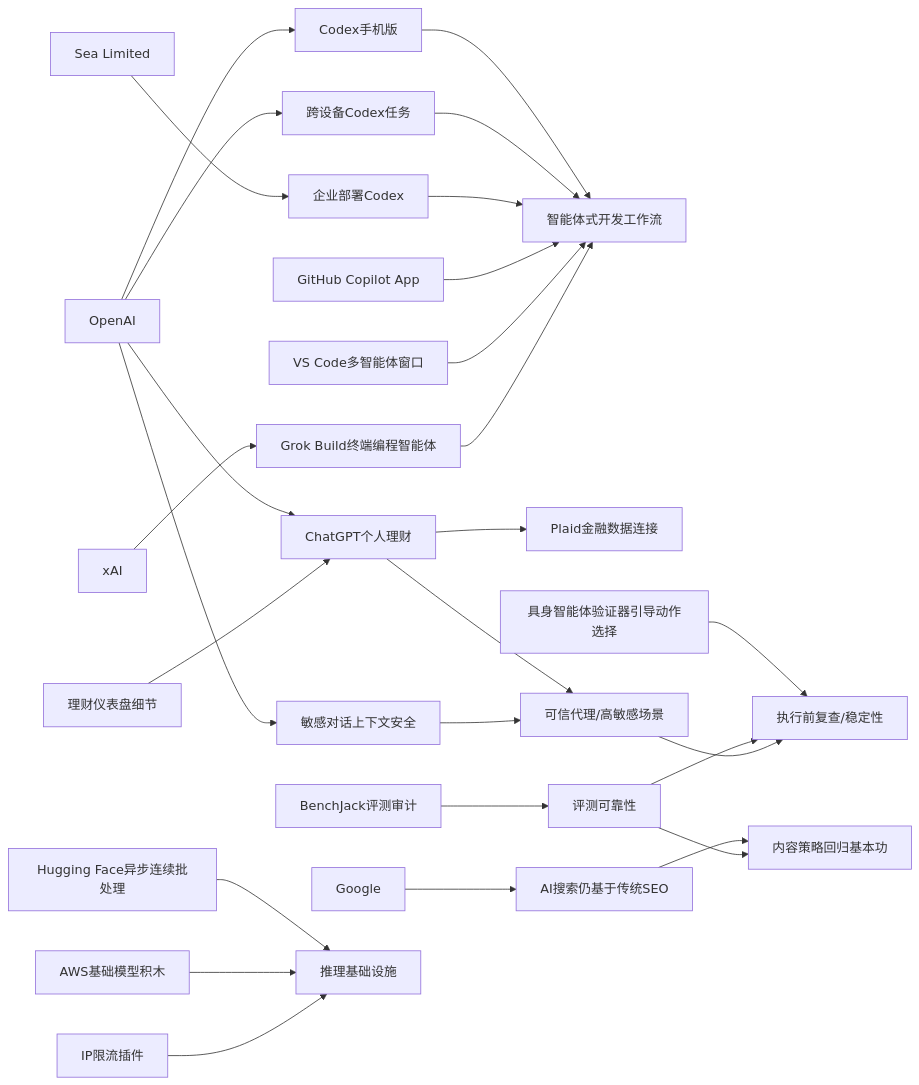
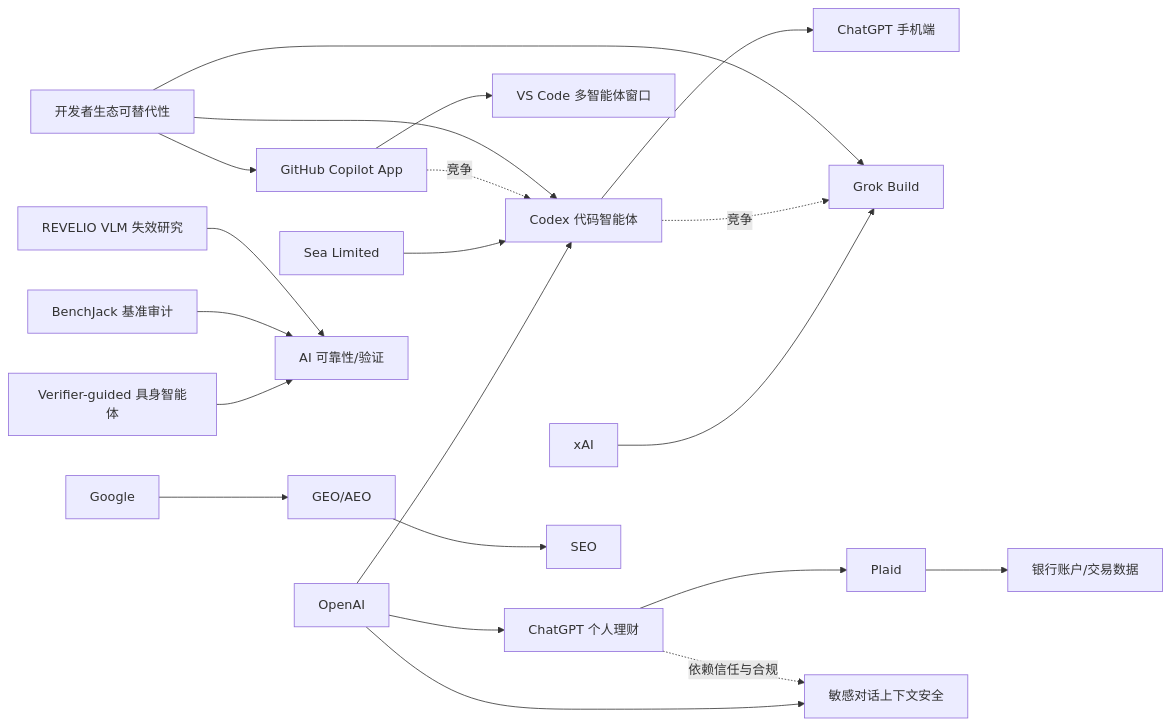
Before and after one commit to zhuxinfei/ai-daily-site: the diagram in content/cn/2026/2026-05/2026-05-15.md, drawn with Mermaid. The commit also changed other lines of this file, not shown here.

````diff
--- a/content/cn/2026/2026-05/2026-05-15.md
+++ b/content/cn/2026/2026-05/2026-05-15.md
@@ -110,34 +110,50 @@
 ```mermaid
 graph LR
-    OpenAI --> Codex_Mobile[Codex手机版]
-    OpenAI --> Codex_CrossDevice[跨设备Codex任务]
-    OpenAI --> Finance[ChatGPT个人理财]
-    OpenAI --> Safety[敏感对话上下文安全]
+    OpenAI[OpenAI]
+    Codex[Codex 代码智能体]
+    ChatGPTMobile[ChatGPT 手机端]
+    Sea[Sea Limited]
+    Copilot[GitHub Copilot App]
+    VSCode[VS Code 多智能体窗口]
+    xAI[xAI]
+    GrokBuild[Grok Build]
 
-    Codex_Mobile --> AgentDev[智能体式开发工作流]
-    Codex_CrossDevice --> AgentDev
-    Sea[Sea Limited] --> Codex_Enterprise[企业部署Codex]
-    Codex_Enterprise --> AgentDev
-    GitHubCopilot[GitHub Copilot App] --> AgentDev
-    VSCode[VS Code多智能体窗口] --> AgentDev
-    xAI[xAI] --> GrokBuild[Grok Build终端编程智能体]
-    GrokBuild --> AgentDev
+    Finance[ChatGPT 个人理财]
+    Plaid[Plaid]
+    BankData[银行账户/交易数据]
+    Safety[敏感对话上下文安全]
 
-    Finance --> Plaid[Plaid金融数据连接]
-    Finance --> TrustAgent[可信代理/高敏感场景]
-    Safety --> TrustAgent
-    TechCrunch[理财仪表盘细节] --> Finance
+    Google[Google]
+    SEO[SEO]
+    GEO[GEO/AEO]
+    DevEco[开发者生态可替代性]
 
-    Google --> AISEO[AI搜索仍基于传统SEO]
-    AISEO --> ContentStrategy[内容策略回归基本功]
-    BenchJack[BenchJack评测审计] --> EvalReliability[评测可靠性]
-    EvalReliability --> ContentStrategy
+    Verifier[Verifier-guided 具身智能体]
+    BenchJack[BenchJack 基准审计]
+    Revelio[REVELIO VLM 失效研究]
+    Reliability[AI 可靠性/验证]
 
-    HFAsync[Hugging Face异步连续批处理] --> Infra[推理基础设施]
-    AWSHF[AWS基础模型积木] --> Infra
-    Datasette[IP限流插件] --> Infra
+    OpenAI --> Codex
+    Codex --> ChatGPTMobile
+    Sea --> Codex
+    Copilot --> VSCode
+    xAI --> GrokBuild
+    Codex -.竞争.-> GrokBuild
+    Copilot -.竞争.-> Codex
 
-    Embodied[具身智能体验证器引导动作选择] --> Reliability[执行前复查/稳定性]
-    EvalReliability --> Reliability
-    TrustAgent --> Reliability
+    OpenAI --> Finance
+    Finance --> Plaid
+    Plaid --> BankData
+    OpenAI --> Safety
+    Finance -.依赖信任与合规.-> Safety
+
+    Google --> GEO
+    GEO --> SEO
+    DevEco --> Codex
+    DevEco --> Copilot
+    DevEco --> GrokBuild
+
+    Verifier --> Reliability
+    BenchJack --> Reliability
+    Revelio --> Reliability
 ```
````
